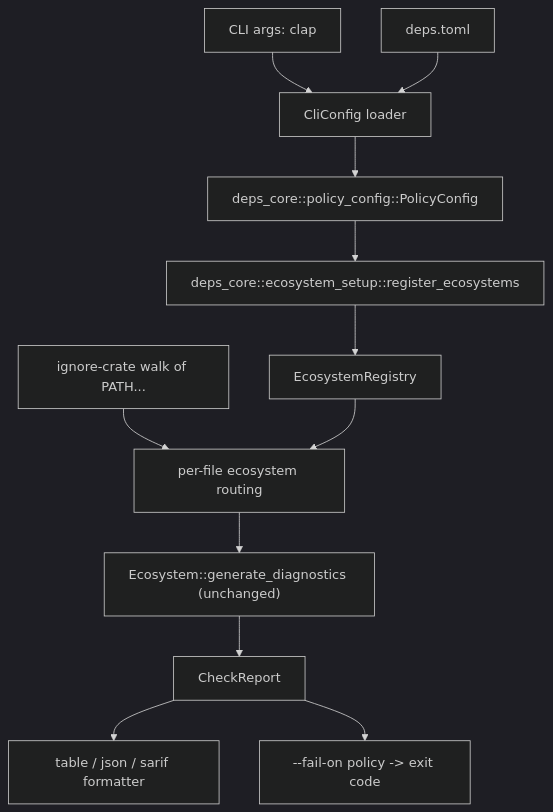
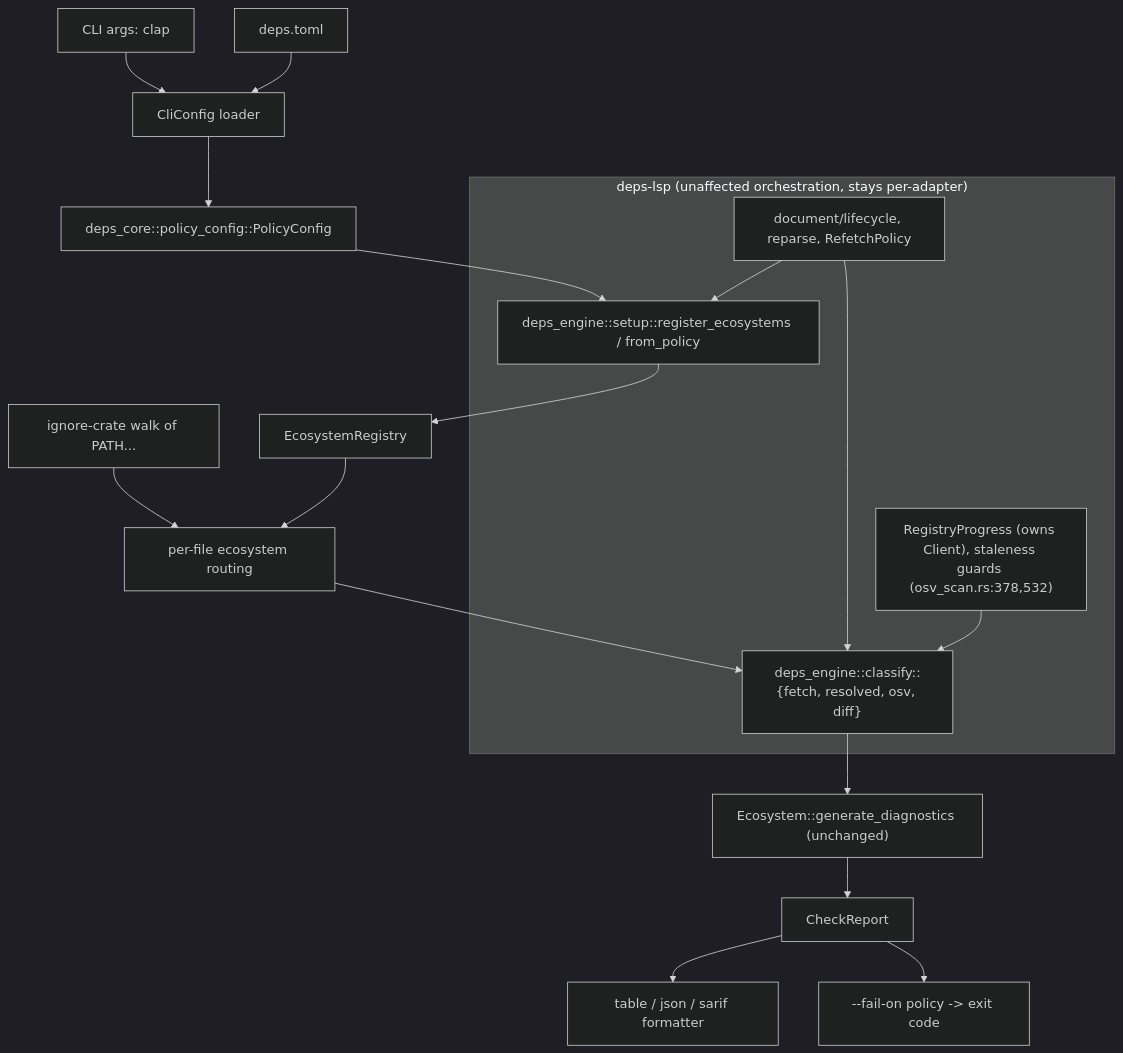
One commit to bug-ops/deps-lsp changed the diagram in specs/062-cli-check-mode/plan.md. Above: the diagram before and after it, drawn with Mermaid (dark theme). The commit also changed other lines of this file and 4 other files, not shown here.

````diff
--- a/specs/062-cli-check-mode/plan.md
+++ b/specs/062-cli-check-mode/plan.md
@@ -58,14 +104,21 @@
 ```mermaid
 graph TD
     A[CLI args: clap] --> B[CliConfig loader]
     C[deps.toml] --> B
     B --> D["deps_core::policy_config::PolicyConfig"]
-    D --> E["deps_core::ecosystem_setup::register_ecosystems"]
+    D --> E["deps_engine::setup::register_ecosystems / from_policy"]
     E --> F[EcosystemRegistry]
     G["ignore-crate walk of PATH..."] --> H[per-file ecosystem routing]
     F --> H
-    H --> I["Ecosystem::generate_diagnostics (unchanged)"]
-    I --> J[CheckReport]
-    J --> K["table / json / sarif formatter"]
-    J --> L["--fail-on policy -> exit code"]
+    H --> I["deps_engine::classify::{fetch, resolved, osv, diff}"]
+    I --> J["Ecosystem::generate_diagnostics (unchanged)"]
+    J --> K[CheckReport]
+    K --> L["table / json / sarif formatter"]
+    K --> M["--fail-on policy -> exit code"]
+
+    subgraph LSP["deps-lsp (unaffected orchestration, stays per-adapter)"]
+        N["document/lifecycle, reparse, RefetchPolicy"] --> E
+        N --> I
+        O["RegistryProgress (owns Client), staleness guards (osv_scan.rs:378,532)"] --> I
+    end
 ```
````
